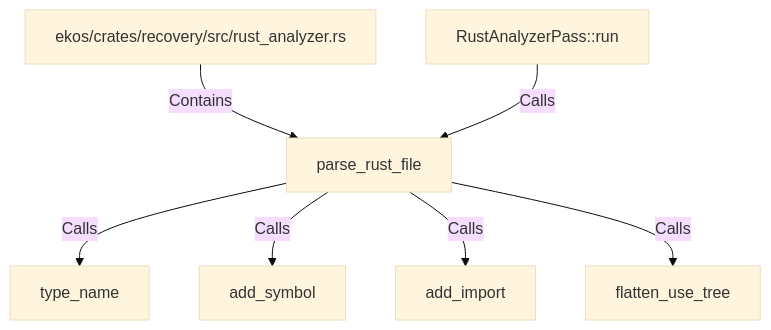
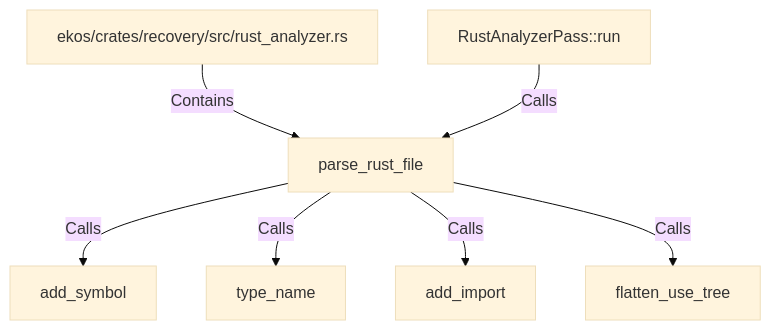
The diagram in doc/entities/rustsymbol/pa/parse-rust-file.md (alexeyban/EKOS), drawn with Mermaid (base theme) before and after one commit. The commit also changed other lines of this file and 552 other files, not shown here.

````diff
--- a/doc/entities/rustsymbol/pa/parse-rust-file.md
+++ b/doc/entities/rustsymbol/pa/parse-rust-file.md
@@ -25,16 +25,16 @@
 ```mermaid
 graph TD
     n4cb8c94112525ba3be3cb7d55f1a595d["parse_rust_file"]
     n50cde56d1f8253a6bc71b5b2f7c711bc["ekos/crates/recovery/src/rust_analyzer.rs"]
     n50cde56d1f8253a6bc71b5b2f7c711bc -->|Contains| n4cb8c94112525ba3be3cb7d55f1a595d
     n8fb40c0918b35b5abc8a00f048756585["RustAnalyzerPass::run"]
     n8fb40c0918b35b5abc8a00f048756585 -->|Calls| n4cb8c94112525ba3be3cb7d55f1a595d
+    n18bb973a8ef0557c961ed46286fcab0f["add_symbol"]
+    n4cb8c94112525ba3be3cb7d55f1a595d -->|Calls| n18bb973a8ef0557c961ed46286fcab0f
     nb2c88510792a5dc78c04f5e81cf9e666["type_name"]
     n4cb8c94112525ba3be3cb7d55f1a595d -->|Calls| nb2c88510792a5dc78c04f5e81cf9e666
-    n18bb973a8ef0557c961ed46286fcab0f["add_symbol"]
-    n4cb8c94112525ba3be3cb7d55f1a595d -->|Calls| n18bb973a8ef0557c961ed46286fcab0f
     n40de02d00c8a590797bf6f15ecb5b18e["add_import"]
     n4cb8c94112525ba3be3cb7d55f1a595d -->|Calls| n40de02d00c8a590797bf6f15ecb5b18e
     n5a57188e56405c408eb908eda1c1a388["flatten_use_tree"]
     n4cb8c94112525ba3be3cb7d55f1a595d -->|Calls| n5a57188e56405c408eb908eda1c1a388
 ```
````
